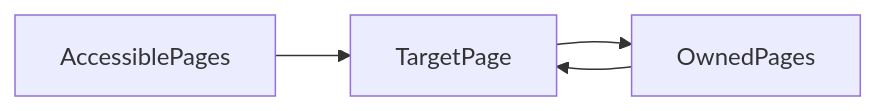
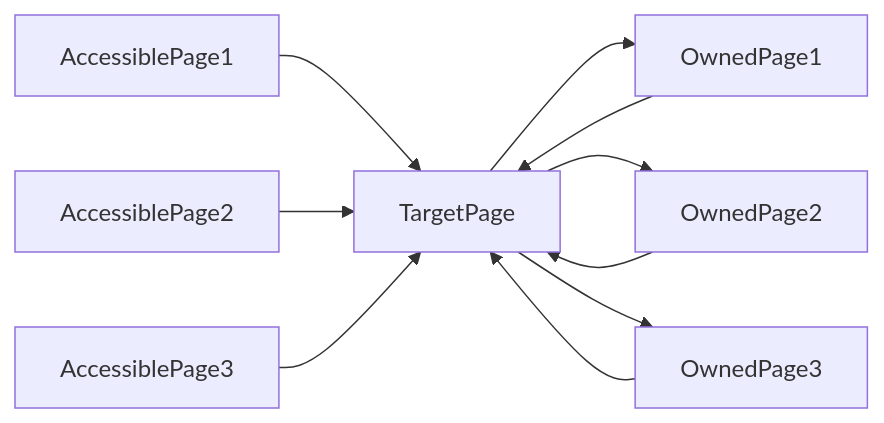
Before and after one commit to YBRua/CourseNotes: the diagram in Data Mining/chapters/Chapter05_LinkAnalysis.md, drawn with Mermaid. The commit also changed other lines of this file and 11 other files, not shown here.

````diff
--- a/Data Mining/chapters/Chapter05_LinkAnalysis.md
+++ b/Data Mining/chapters/Chapter05_LinkAnalysis.md
@@ -334,6 +334,12 @@
 ```mermaid
 graph LR
-  AccessiblePages-->TargetPage
-  TargetPage-->OwnedPages
-  OwnedPages-->TargetPage
+  AccessiblePage1-->TargetPage
+  AccessiblePage2-->TargetPage
+  AccessiblePage3-->TargetPage
+  TargetPage-->OwnedPage1
+  OwnedPage1-->TargetPage
+  TargetPage-->OwnedPage2
+  OwnedPage2-->TargetPage
+  TargetPage-->OwnedPage3
+  OwnedPage3-->TargetPage
 ```
````
